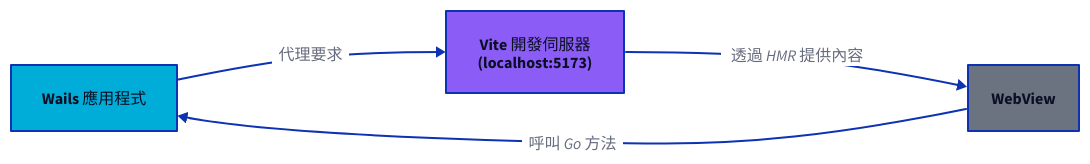
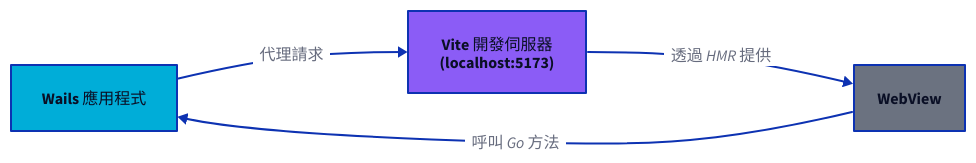
Before and after one commit to wailsapp/wails: the sixth of 8 diagrams in docs/mpress/content/zh-tw/concepts/architecture.md, drawn with D2. The commit also changed other lines of this file and 1096 other files, not shown here.

````diff
--- a/docs/mpress/content/zh-tw/concepts/architecture.md
+++ b/docs/mpress/content/zh-tw/concepts/architecture.md
@@ -449,22 +449,22 @@
 ```d2
 direction: right
 
 WailsApp: Wails 應用程式 {
   shape: rectangle
   style.fill: "#00ADD8"
 }
 
 DevServer: "Vite 開發伺服器\n(localhost:5173)" {
   shape: rectangle
   style.fill: "#8B5CF6"
 }
 
 WebView: WebView {
   shape: rectangle
   style.fill: "#6B7280"
 }
 
-WailsApp -> DevServer: 代理要求
-DevServer -> WebView: 透過 HMR 提供內容
+WailsApp -> DevServer: 代理請求
+DevServer -> WebView: 透過 HMR 提供
 WebView -> WailsApp: 呼叫 Go 方法
 ```
````
